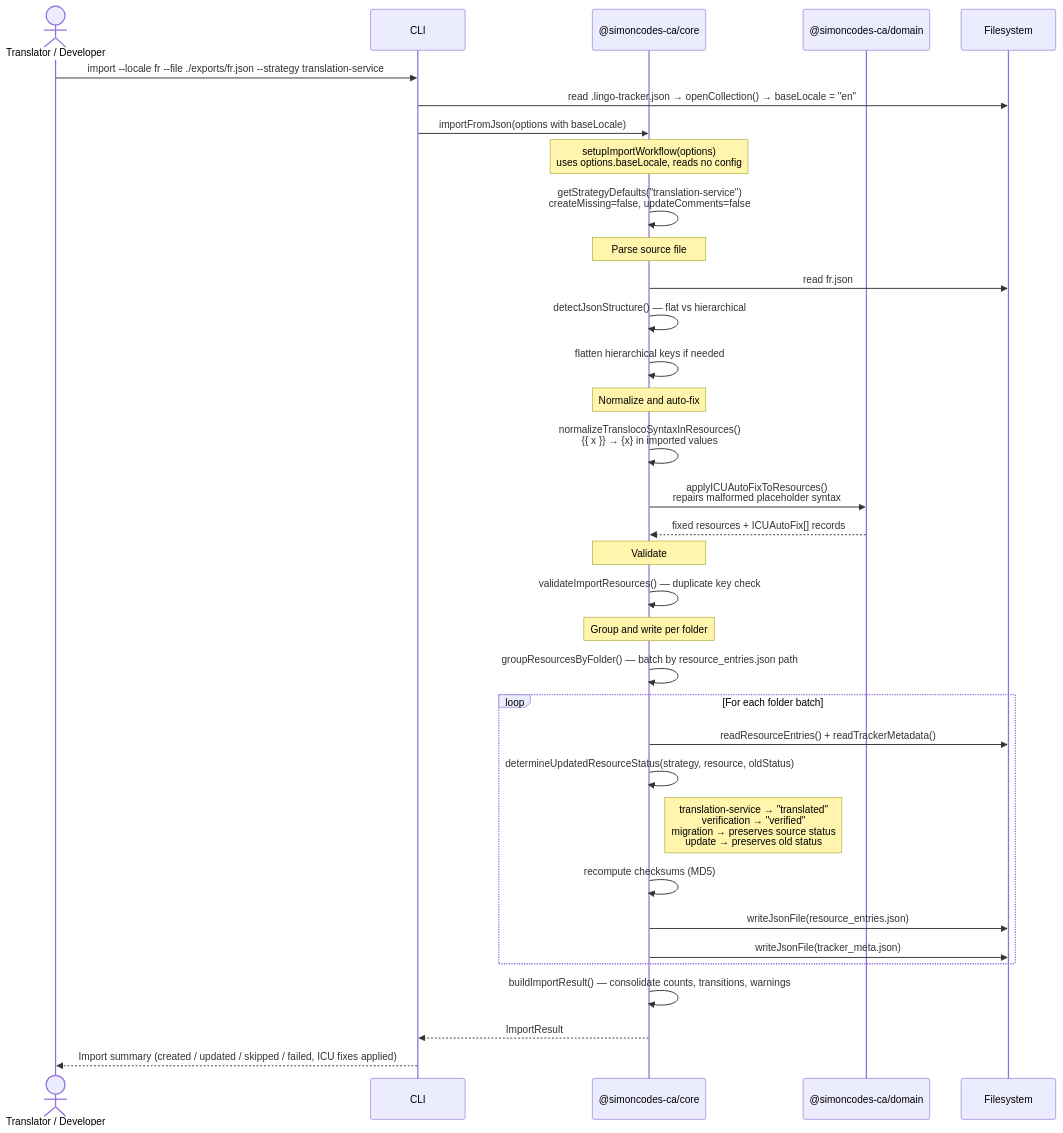
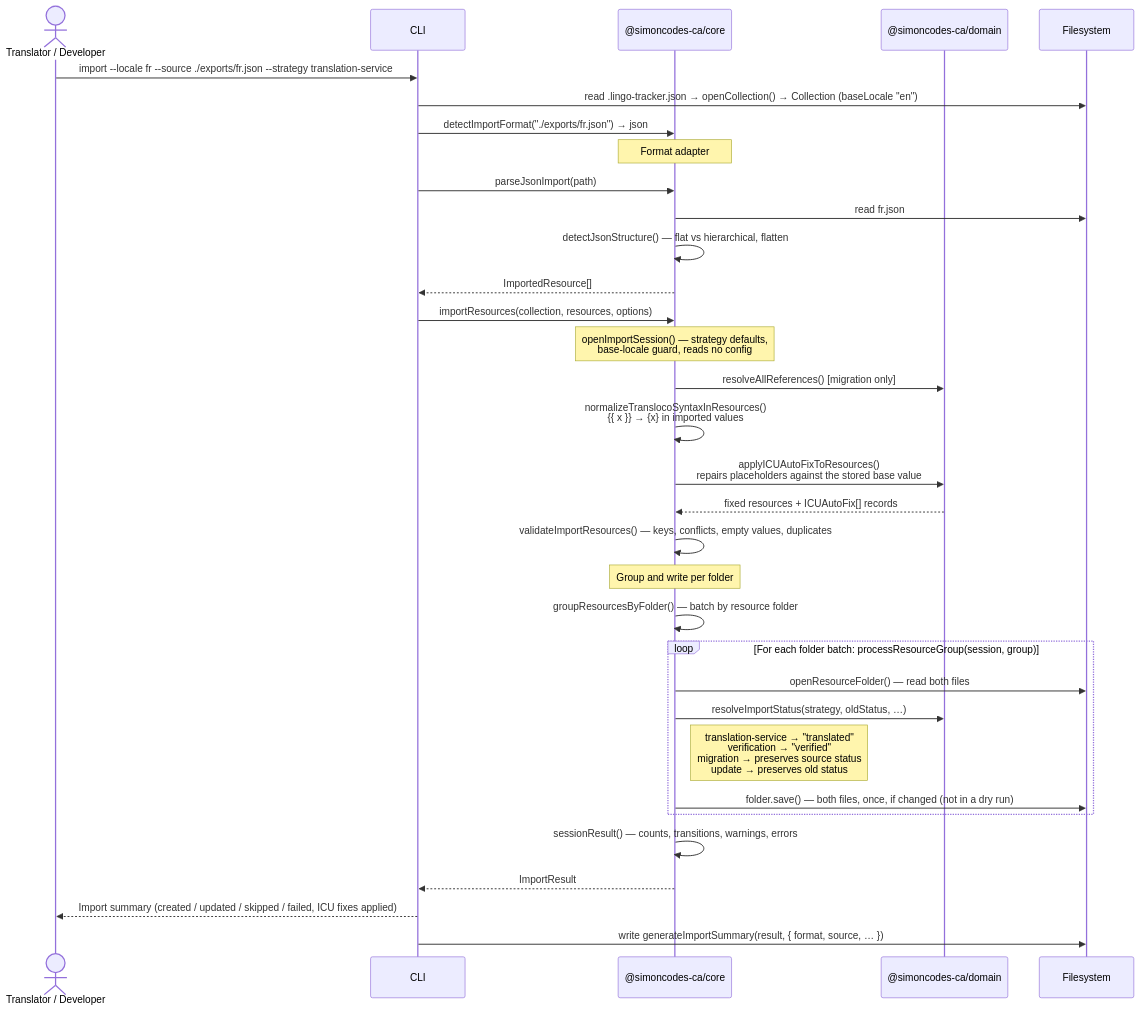
The third of 8 diagrams in architecture-docs/user-flows.md (SimonNodel-AI/lingo-tracker), drawn with Mermaid before and after one commit. The commit also changed other lines of this file and 45 other files, not shown here.

First line of the commit message:
refactor(core): collapse import into importResources and add runExport

````diff
--- a/architecture-docs/user-flows.md
+++ b/architecture-docs/user-flows.md
@@ -140,43 +141,40 @@
 ```mermaid
 sequenceDiagram
     actor Translator as Translator / Developer
     participant CLI as CLI
     participant Core as @simoncodes-ca/core
     participant Domain as @simoncodes-ca/domain
     participant FS as Filesystem
 
-    Translator->>CLI: import --locale fr --file ./exports/fr.json --strategy translation-service
-    CLI->>FS: read .lingo-tracker.json → openCollection() → baseLocale = "en"
-    CLI->>Core: importFromJson(options with baseLocale)
+    Translator->>CLI: import --locale fr --source ./exports/fr.json --strategy translation-service
+    CLI->>FS: read .lingo-tracker.json → openCollection() → Collection (baseLocale "en")
+    CLI->>Core: detectImportFormat("./exports/fr.json") → json
 
-    Note over Core: setupImportWorkflow(options)<br/>uses options.baseLocale, reads no config
-    Core->>Core: getStrategyDefaults("translation-service")<br/>createMissing=false, updateComments=false
+    Note over Core: Format adapter
+    CLI->>Core: parseJsonImport(path)
+    Core->>FS: read fr.json
+    Core->>Core: detectJsonStructure() — flat vs hierarchical, flatten
+    Core-->>CLI: ImportedResource[]
 
-    Note over Core: Parse source file
-    Core->>FS: read fr.json
-    Core->>Core: detectJsonStructure() — flat vs hierarchical
-    Core->>Core: flatten hierarchical keys if needed
-
-    Note over Core: Normalize and auto-fix
+    CLI->>Core: importResources(collection, resources, options)
+    Note over Core: openImportSession() — strategy defaults,<br/>base-locale guard, reads no config
+    Core->>Domain: resolveAllReferences() [migration only]
     Core->>Core: normalizeTranslocoSyntaxInResources()<br/>{{ x }} → {x} in imported values
-    Core->>Domain: applyICUAutoFixToResources()<br/>repairs malformed placeholder syntax
+    Core->>Domain: applyICUAutoFixToResources()<br/>repairs placeholders against the stored base value
     Domain-->>Core: fixed resources + ICUAutoFix[] records
-
-    Note over Core: Validate
-    Core->>Core: validateImportResources() — duplicate key check
+    Core->>Core: validateImportResources() — keys, conflicts, empty values, duplicates
 
     Note over Core: Group and write per folder
-    Core->>Core: groupResourcesByFolder() — batch by resource_entries.json path
-    loop For each folder batch
-        Core->>FS: readResourceEntries() + readTrackerMetadata()
-        Core->>Core: determineUpdatedResourceStatus(strategy, resource, oldStatus)
+    Core->>Core: groupResourcesByFolder() — batch by resource folder
+    loop For each folder batch: processResourceGroup(session, group)
+        Core->>FS: openResourceFolder() — read both files
+        Core->>Domain: resolveImportStatus(strategy, oldStatus, …)
         Note right of Core: translation-service → "translated"<br/>verification → "verified"<br/>migration → preserves source status<br/>update → preserves old status
-        Core->>Core: recompute checksums (MD5)
-        Core->>FS: writeJsonFile(resource_entries.json)
-        Core->>FS: writeJsonFile(tracker_meta.json)
+        Core->>FS: folder.save() — both files, once, if changed (not in a dry run)
     end
 
-    Core->>Core: buildImportResult() — consolidate counts, transitions, warnings
+    Core->>Core: sessionResult() — counts, transitions, warnings, errors
     Core-->>CLI: ImportResult
     CLI-->>Translator: Import summary (created / updated / skipped / failed, ICU fixes applied)
+    CLI->>FS: write generateImportSummary(result, { format, source, … })
 ```
````
